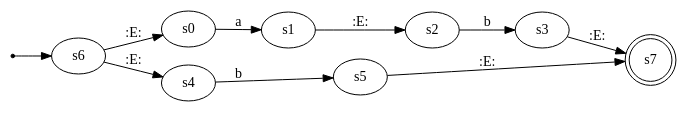
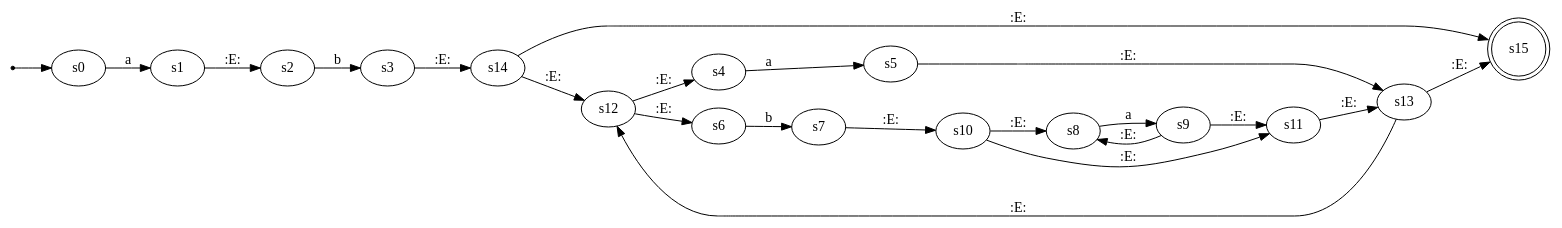
Before and after one commit to ahmetfurkaann/OtomataProje: the diagram in Graphviz.dot, drawn with Graphviz. The commit also changed 15 other files, not shown here.

```diff
--- a/Graphviz.dot
+++ b/Graphviz.dot
@@ -1,14 +1,26 @@
 digraph "graph" {
 rankdir = LR;
 start [shape=point]
-start -> s6
-s7[shape= doublecircle]
+start -> s0
+s15[shape= doublecircle]
 s0 -> s1 [label= "a"]
 s2 -> s3 [label= "b"]
 s1 -> s2 [label= ":E:"]
-s4 -> s5 [label= "b"]
-s6 -> s0 [label= ":E:"]
-s6 -> s4 [label= ":E:"]
-s3 -> s7 [label= ":E:"]
-s5 -> s7 [label= ":E:"]
+s4 -> s5 [label= "a"]
+s6 -> s7 [label= "b"]
+s8 -> s9 [label= "a"]
+s10 -> s11 [label= ":E:"]
+s10 -> s8 [label= ":E:"]
+s9 -> s11 [label= ":E:"]
+s9 -> s8 [label= ":E:"]
+s7 -> s10 [label= ":E:"]
+s12 -> s4 [label= ":E:"]
+s12 -> s6 [label= ":E:"]
+s5 -> s13 [label= ":E:"]
+s11 -> s13 [label= ":E:"]
+s14 -> s15 [label= ":E:"]
+s14 -> s12 [label= ":E:"]
+s13 -> s15 [label= ":E:"]
+s13 -> s12 [label= ":E:"]
+s3 -> s14 [label= ":E:"]
 }
```
